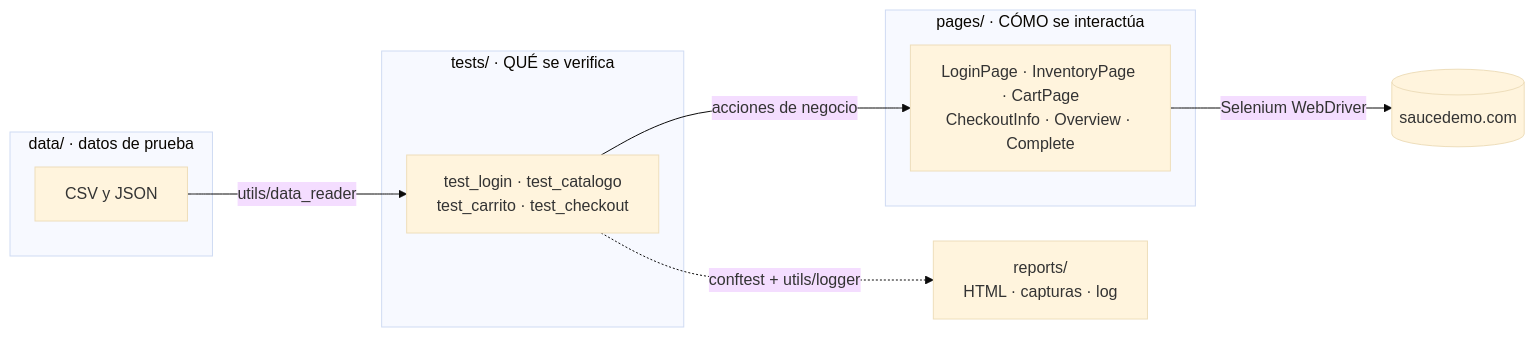
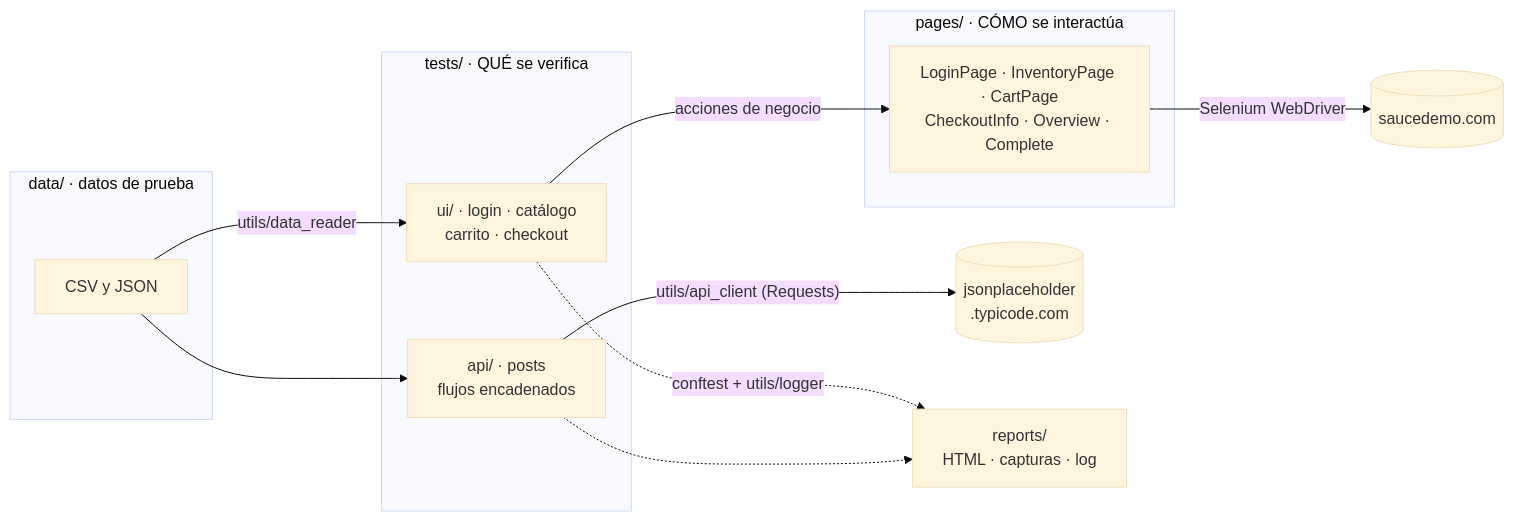
One commit to rober-7/proyecto-final-automation-testing-roberto-gonzalez changed the second of 2 diagrams in README.md. Above: the diagram before and after it, drawn with Mermaid (base theme). The commit also changed other lines of this file, not shown here.

Commit message:
docs: documentar las pruebas de API en el README

````diff
--- a/README.md
+++ b/README.md
@@ -122,16 +132,20 @@
 ```mermaid
 flowchart LR
     subgraph DATA["data/ · datos de prueba"]
         D1["CSV y JSON"]
     end
     subgraph TESTS["tests/ · QUÉ se verifica"]
-        T1["test_login · test_catalogo<br/>test_carrito · test_checkout"]
+        T1["ui/ · login · catálogo<br/>carrito · checkout"]
+        T2["api/ · posts<br/>flujos encadenados"]
     end
     subgraph PAGES["pages/ · CÓMO se interactúa"]
         P1["LoginPage · InventoryPage · CartPage<br/>CheckoutInfo · Overview · Complete"]
     end
     D1 -- "utils/data_reader" --> T1
     T1 -- "acciones de negocio" --> P1
     P1 -- "Selenium WebDriver" --> WEB[("saucedemo.com")]
+    D1 --> T2
+    T2 -- "utils/api_client (Requests)" --> API[("jsonplaceholder<br/>.typicode.com")]
     T1 -. "conftest + utils/logger" .-> R["reports/<br/>HTML · capturas · log"]
+    T2 -.-> R
 ```
````
